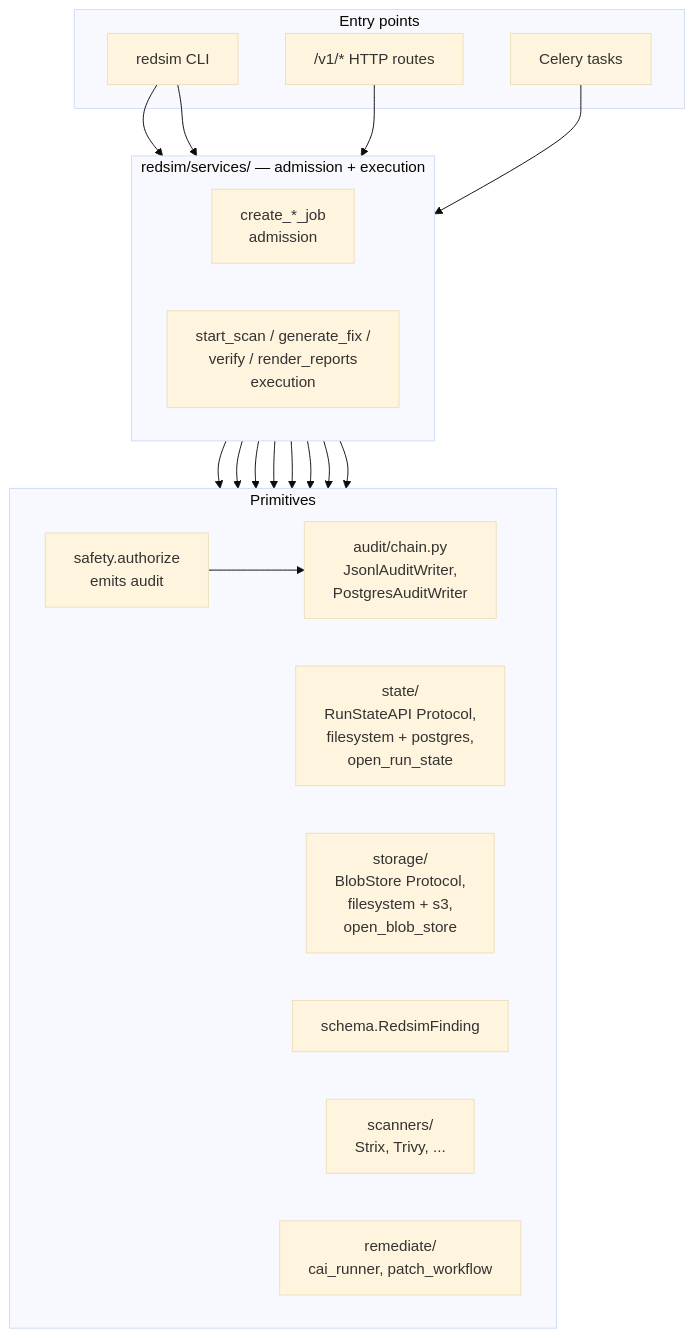
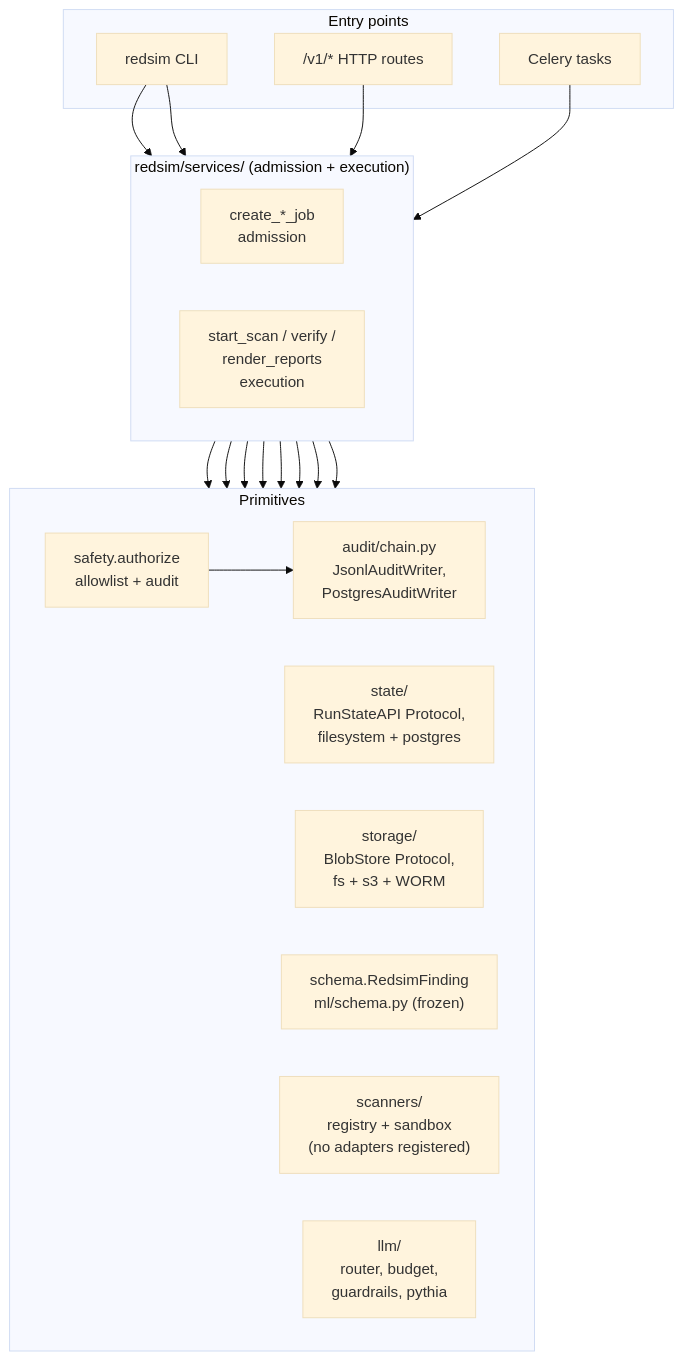
One commit to IntelliBridge/ndia-red-team-simulator changed the fifth of 5 diagrams in docs/architecture/overview.md. Above: the diagram before and after it, drawn with Mermaid (base theme). The commit also changed other lines of this file and 32 other files, not shown here.

First line of the commit message:
docs: refresh to redsim/P0 truth + Archify architecture diagrams (#20)

````diff
--- a/docs/architecture/overview.md
+++ b/docs/architecture/overview.md
@@ -246,39 +348,39 @@
 ```mermaid
 flowchart TB
   subgraph Entry["Entry points"]
     cli["redsim CLI"]
     api["/v1/* HTTP routes"]
     worker["Celery tasks"]
   end
 
-  subgraph Services["redsim/services/ — admission + execution"]
+  subgraph Services["redsim/services/ (admission + execution)"]
     direction LR
     create["create_*_job<br/>admission"]
-    execute["start_scan / generate_fix /<br/>verify / render_reports<br/>execution"]
+    execute["start_scan / verify /<br/>render_reports<br/>execution"]
   end
 
   subgraph Primitives["Primitives"]
     direction LR
-    safety["safety.authorize<br/>emits audit"]
+    safety["safety.authorize<br/>allowlist + audit"]
     chain["audit/chain.py<br/>JsonlAuditWriter,<br/>PostgresAuditWriter"]
-    state["state/<br/>RunStateAPI Protocol,<br/>filesystem + postgres,<br/>open_run_state"]
-    storage["storage/<br/>BlobStore Protocol,<br/>filesystem + s3,<br/>open_blob_store"]
-    schema["schema.RedsimFinding"]
-    scanners["scanners/<br/>Strix, Trivy, ..."]
-    remediate["remediate/<br/>cai_runner, patch_workflow"]
+    state["state/<br/>RunStateAPI Protocol,<br/>filesystem + postgres"]
+    storage["storage/<br/>BlobStore Protocol,<br/>fs + s3 + WORM"]
+    schema["schema.RedsimFinding<br/>ml/schema.py (frozen)"]
+    scanners["scanners/<br/>registry + sandbox<br/>(no adapters registered)"]
+    llm["llm/<br/>router, budget,<br/>guardrails, pythia"]
   end
 
   cli --> create
   cli --> execute
   api --> create
   worker --> execute
   create --> safety
   execute --> safety
   safety --> chain
   create --> state
   execute --> state
   execute --> storage
   execute --> schema
   execute --> scanners
-  execute --> remediate
+  execute --> llm
 ```
````
